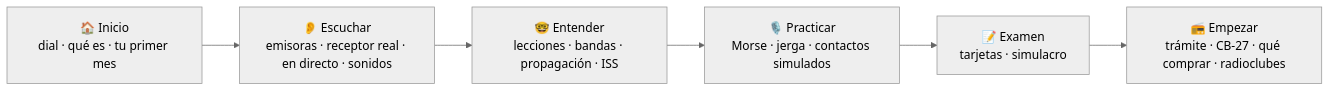
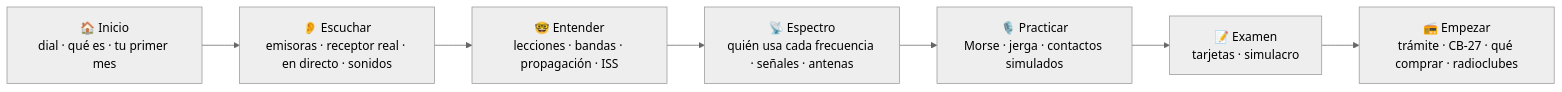
One commit to serbenda/radio changed the second of 13 diagrams in docs/ARQUITECTURA.md. Above: the diagram before and after it, drawn with Mermaid (neutral theme). The commit also changed other lines of this file and 42 other files, not shown here.

First line of the commit message:
Espectro: quién habla en cada frecuencia, señales, receptores, ley, repetidores y antenas

````diff
--- a/docs/ARQUITECTURA.md
+++ b/docs/ARQUITECTURA.md
@@ -124,8 +125,9 @@
 ```mermaid
 flowchart LR
   I[🏠 Inicio<br/>dial · qué es · tu primer mes] --> E1[👂 Escuchar<br/>emisoras · receptor real · en directo · sonidos]
   E1 --> E2[🤓 Entender<br/>lecciones · bandas · propagación · ISS]
-  E2 --> E3[🎙️ Practicar<br/>Morse · jerga · contactos simulados]
+  E2 --> ES[📡 Espectro<br/>quién usa cada frecuencia · señales · antenas]
+  ES --> E3[🎙️ Practicar<br/>Morse · jerga · contactos simulados]
   E3 --> E4[📝 Examen<br/>tarjetas · simulacro]
   E4 --> E5[📻 Empezar<br/>trámite · CB-27 · qué comprar · radioclubes]
 ```
````
